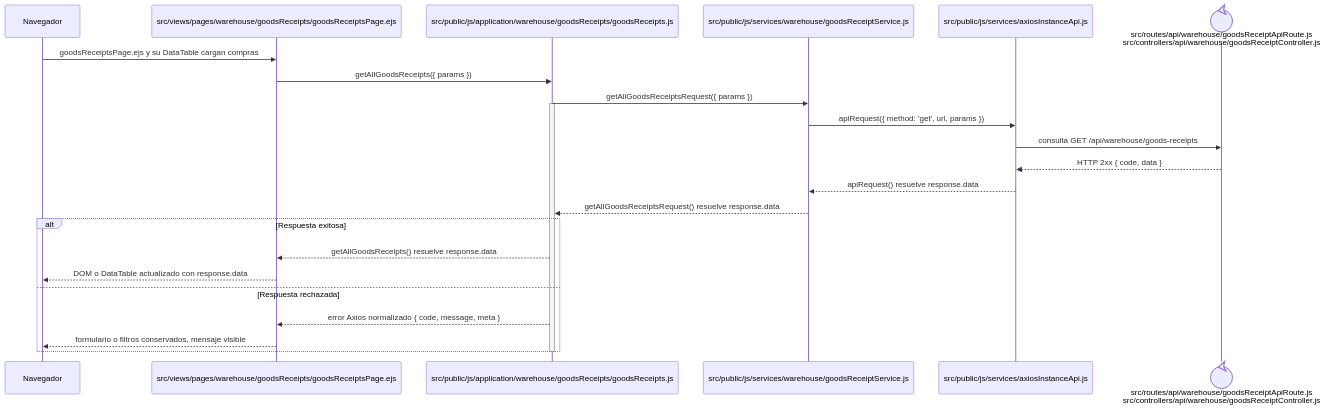
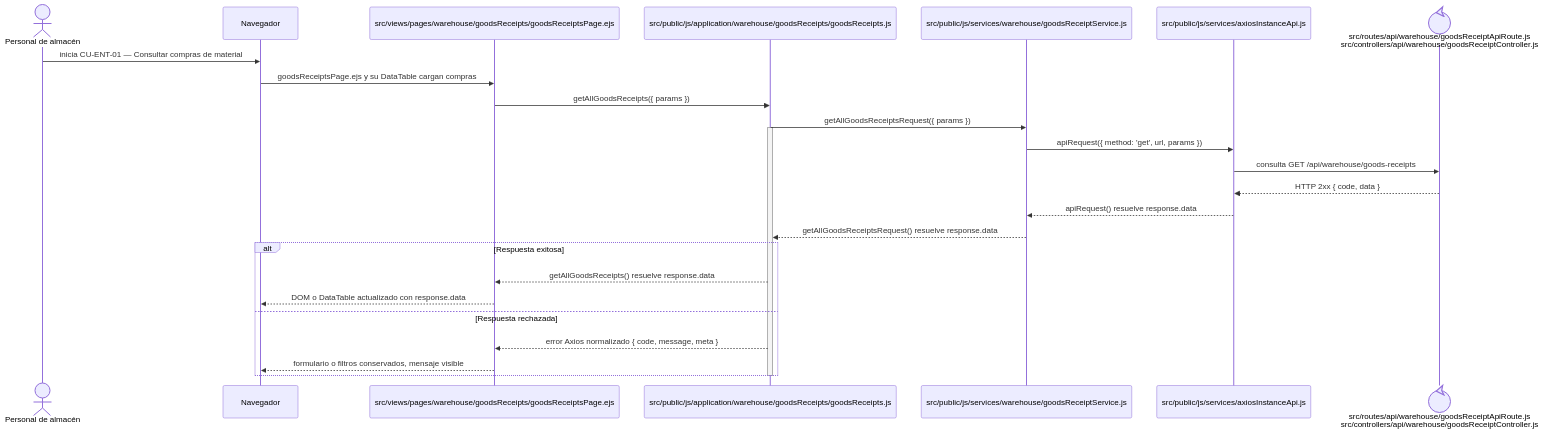
Before and after one commit to gpgsistemas01/nexus: the diagram in docs/architecture/frontend-code-sequences/purchases/cu-ent-01.md, drawn with Mermaid. The commit also changed 105 other files, not shown here.

````diff
--- a/docs/architecture/frontend-code-sequences/purchases/cu-ent-01.md
+++ b/docs/architecture/frontend-code-sequences/purchases/cu-ent-01.md
@@ -6,27 +6,29 @@
 ```mermaid
 sequenceDiagram
+    actor Initiator as Personal de almacén
     participant Browser as Navegador
     participant View as src/views/pages/warehouse/goodsReceipts/goodsReceiptsPage.ejs
     participant Application as src/public/js/application/warehouse/goodsReceipts/goodsReceipts.js
     participant Request as src/public/js/services/warehouse/goodsReceiptService.js
     participant HTTP as src/public/js/services/axiosInstanceApi.js
     participant Transport@{ "type": "control" } as src/routes/api/warehouse/goodsReceiptApiRoute.js<br/>src/controllers/api/warehouse/goodsReceiptController.js
 
+    Initiator->>Browser: inicia CU-ENT-01 — Consultar compras de material
     Browser->>View: goodsReceiptsPage.ejs y su DataTable cargan compras
     View->>Application: getAllGoodsReceipts({ params })
     Application->>Request: getAllGoodsReceiptsRequest({ params })
     activate Application
     Request->>HTTP: apiRequest({ method: 'get', url, params })
     HTTP->>Transport: consulta GET /api/warehouse/goods-receipts
     Transport-->>HTTP: HTTP 2xx { code, data }
     HTTP-->>Request: apiRequest() resuelve response.data
     Request-->>Application: getAllGoodsReceiptsRequest() resuelve response.data
     alt Respuesta exitosa
         Application-->>View: getAllGoodsReceipts() resuelve response.data
         View-->>Browser: DOM o DataTable actualizado con response.data
     else Respuesta rechazada
         Application-->>View: error Axios normalizado { code, message, meta }
         View-->>Browser: formulario o filtros conservados, mensaje visible
     end
     deactivate Application
 ```
````
